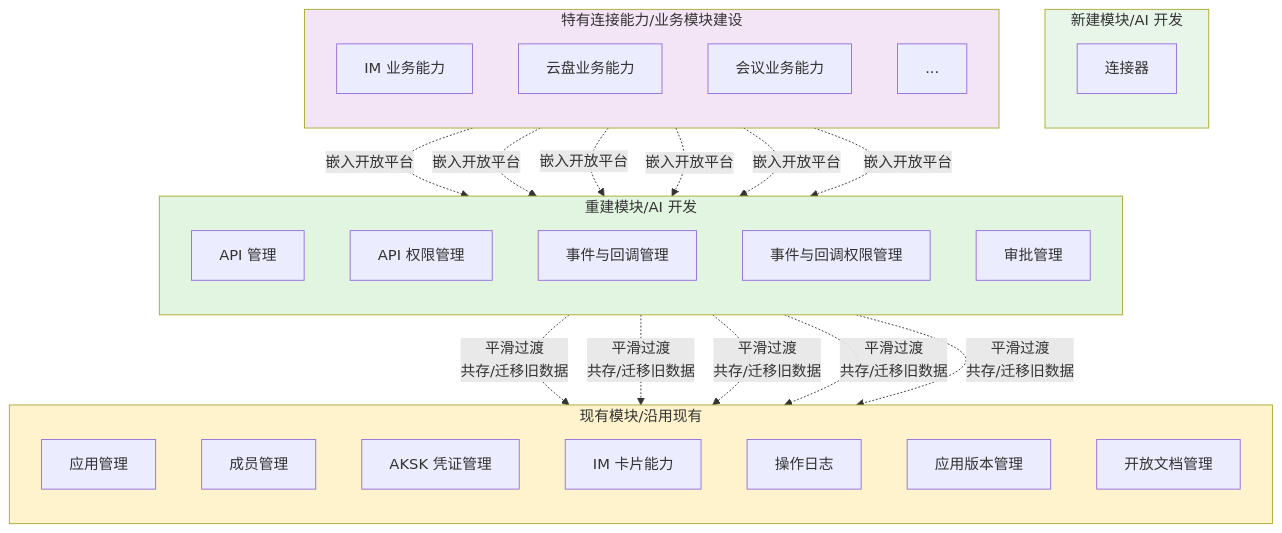
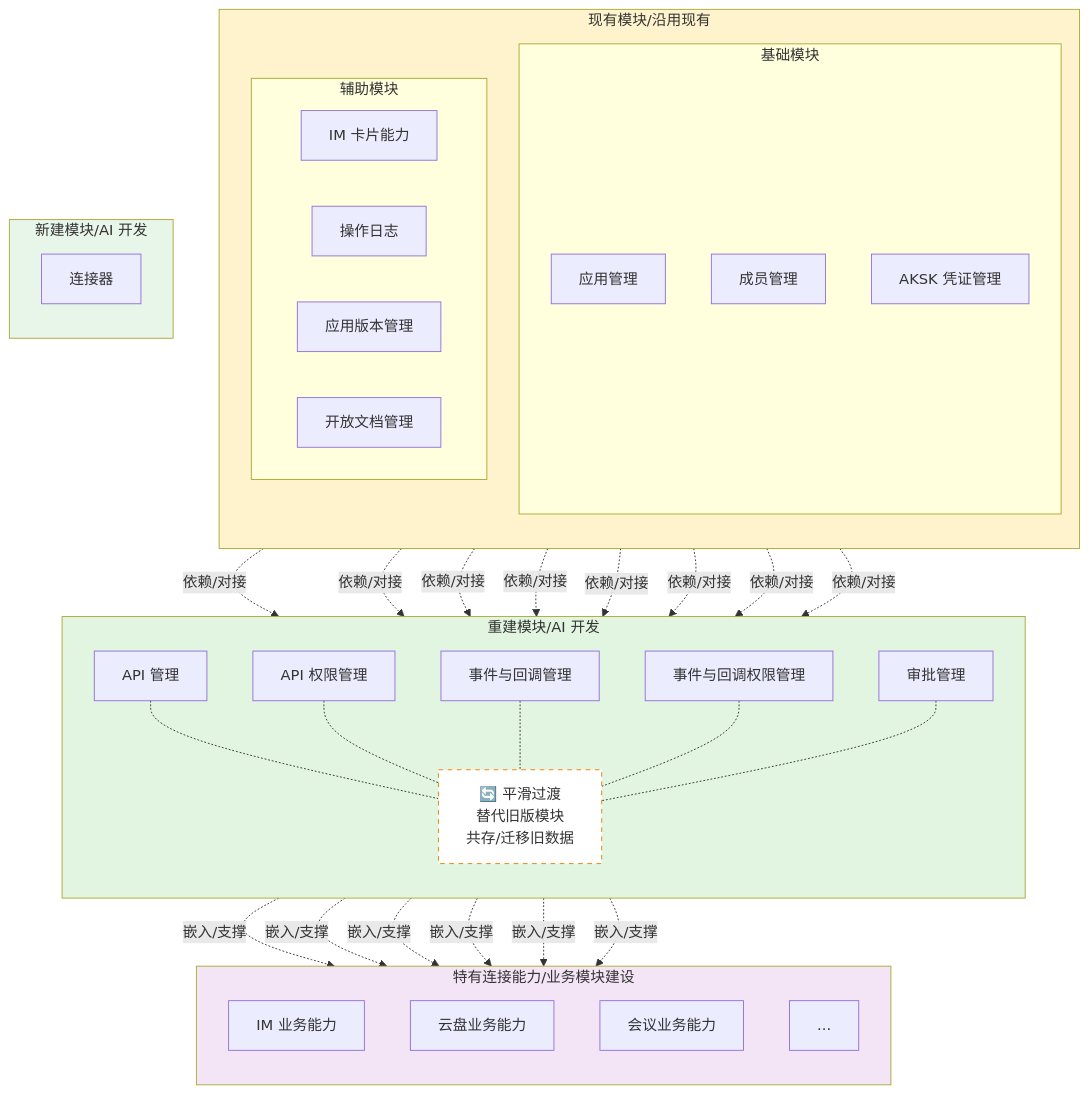
One commit to THZSummer/Product changed the fourth of 11 diagrams in open-app/.sdd/specs-tree-root/specs-tree-capability-open-platform/discovery-report.md. Above: the diagram before and after it, drawn with Mermaid. The commit also changed other lines of this file, not shown here.

Commit message:
fix: 修正 3.2 能力分类模型的业务逻辑和连线关系
- 移除重建模块到应用管理的错误连线（API 管理不替代应用管理）
- 重组现有模块：分为基础模块（应用/成员/AKSK）和辅助模块
- 添加正确的依赖关系：重建模块依赖基础模块（如 API 属于应用）
- 添加正确的嵌入关系：特有连接能力嵌入/依赖重建模块（API/事件）
- 添加平滑过渡说明：作为重建模块内部属性（替代旧版/数据迁移），而非连接应用管理
- 更新表格以匹配图形逻辑，明确'与现有系统关系'列

````diff
--- a/open-app/.sdd/specs-tree-root/specs-tree-capability-open-platform/discovery-report.md
+++ b/open-app/.sdd/specs-tree-root/specs-tree-capability-open-platform/discovery-report.md
@@ -158,50 +158,56 @@
 ```mermaid
 flowchart TB
     subgraph Existing[现有模块/沿用现有]
         direction TB
-        E1[应用管理]
-        E2[成员管理]
-        E3[AKSK 凭证管理]
-        E4[IM 卡片能力]
-        E5[操作日志]
-        E6[应用版本管理]
-        E7[开放文档管理]
+        subgraph Foundation[基础模块]
+            E1[应用管理]
+            E2[成员管理]
+            E3[AKSK 凭证管理]
+        end
+        subgraph Others[辅助模块]
+            E4[IM 卡片能力]
+            E5[操作日志]
+            E6[应用版本管理]
+            E7[开放文档管理]
+        end
     end
     
     subgraph Rebuild[重建模块/AI 开发]
         direction TB
         R1[API 管理]
         R2[API 权限管理]
         R3[事件与回调管理]
         R4[事件与回调权限管理]
         R5[审批管理]
+        
+        Note1["🔄 平滑过渡<br/>替代旧版模块<br/>共存/迁移旧数据"]
+        R1 & R2 & R3 & R4 & R5 -.- Note1
     end
     
     subgraph New[新建模块/AI 开发]
         direction TB
         N1[连接器]
     end
     
     subgraph Specific[特有连接能力/业务模块建设]
         direction TB
         S1[IM 业务能力]
         S2[云盘业务能力]
         S3[会议业务能力]
         S4[...]
     end
     
-    R1 -.->|平滑过渡<br/>共存/迁移旧数据| E1
-    R2 -.->|平滑过渡<br/>共存/迁移旧数据| E1
-    R3 -.->|平滑过渡<br/>共存/迁移旧数据| E1
-    R4 -.->|平滑过渡<br/>共存/迁移旧数据| E1
-    R5 -.->|平滑过渡<br/>共存/迁移旧数据| E1
+    %% 依赖与集成关系
+    E1 -.->|依赖/对接 | R1 & R2 & R3 & R4
+    E2 -.->|依赖/对接 | R2 & R4
+    E3 -.->|依赖/对接 | R1 & R3
     
-    S1 -.->|嵌入开放平台| R1 & R3
-    S2 -.->|嵌入开放平台| R1 & R3
-    S3 -.->|嵌入开放平台| R1 & R3
+    %% 嵌入关系
+    R1 & R3 -.->|嵌入/支撑 | S1 & S2 & S3
     
     style Existing fill:#fff3cd
     style Rebuild fill:#e1f5e1
     style New fill:#e8f5e9
     style Specific fill:#f3e5f5
+    style Note1 fill:#ffffff,stroke:#f57c00,stroke-dasharray: 5 5
 ```
````
